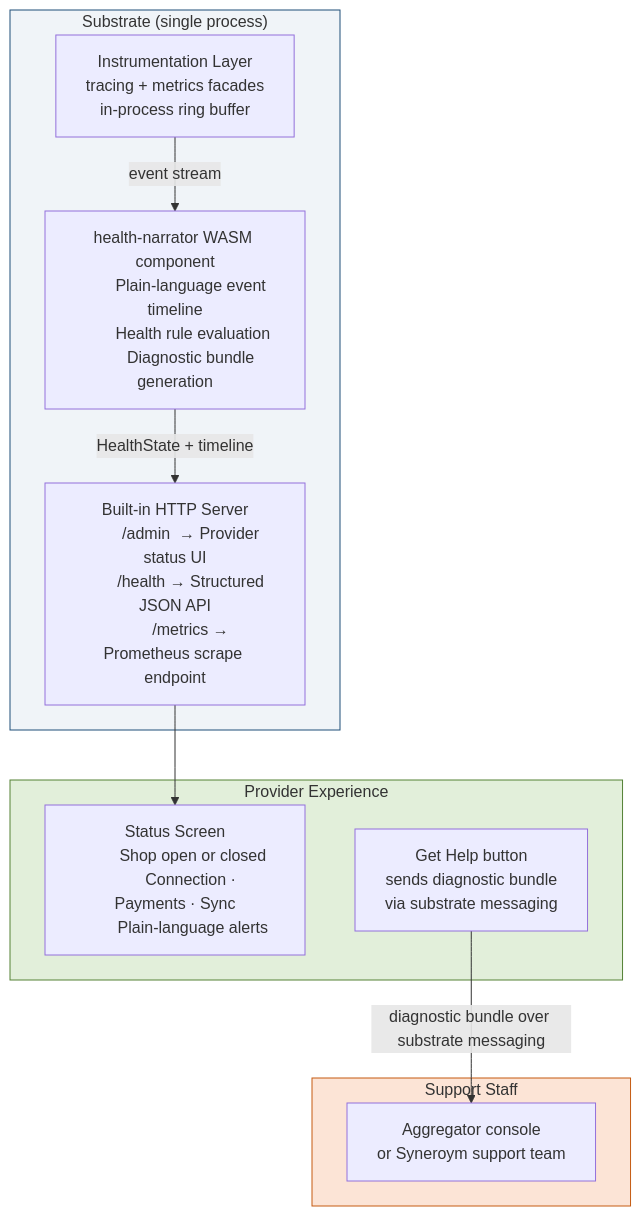
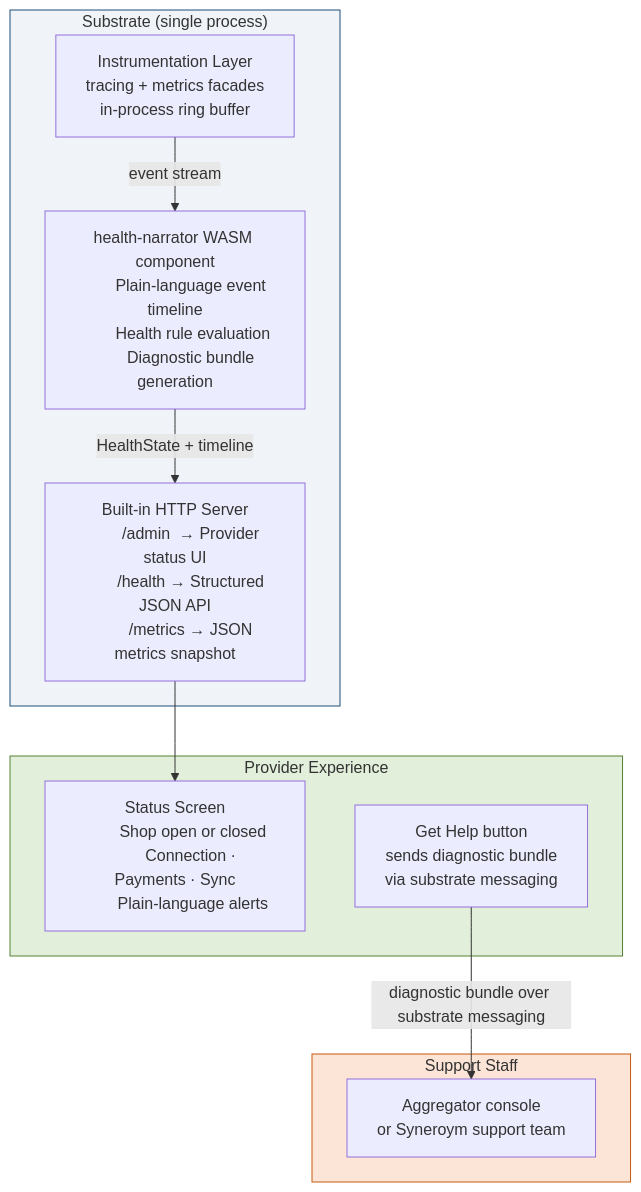
Before and after one commit to syneroym/syneroym: diagram 21 of 23 in docs/system-architecture.md, drawn with Mermaid. The commit also changed other lines of this file and 15 other files, not shown here.

First line of the commit message:
docs(architecture): apply audit fixes (#293)

````diff
--- a/docs/system-architecture.md
+++ b/docs/system-architecture.md
@@ -1036,42 +1466,42 @@
 ```mermaid
 flowchart TD
     subgraph SUBSTRATE["Substrate (single process)"]
         INSTR["Instrumentation Layer
         tracing + metrics facades
         in-process ring buffer"]
 
         HN["health-narrator WASM component
         Plain-language event timeline
         Health rule evaluation
         Diagnostic bundle generation"]
 
         HTTP["Built-in HTTP Server
         /admin  → Provider status UI
         /health → Structured JSON API
-        /metrics → Prometheus scrape endpoint"]
+        /metrics → JSON metrics snapshot"]
     end
 
     subgraph PROVIDER_UI["Provider Experience"]
         UI["Status Screen
         Shop open or closed
         Connection · Payments · Sync
         Plain-language alerts"]
         HELP["Get Help button
         sends diagnostic bundle
         via substrate messaging"]
     end
 
     subgraph SUPPORT["Support Staff"]
         AGG["Aggregator console
         or Syneroym support team"]
     end
 
     INSTR -->|event stream| HN
     HN -->|HealthState + timeline| HTTP
     HTTP --> UI
     HELP -->|diagnostic bundle over substrate messaging| AGG
 
     style SUBSTRATE fill:#f0f4f8,stroke:#1F4E79
     style PROVIDER_UI fill:#E2EFDA,stroke:#548235
     style SUPPORT fill:#FCE4D6,stroke:#C55A11
 ```
````
